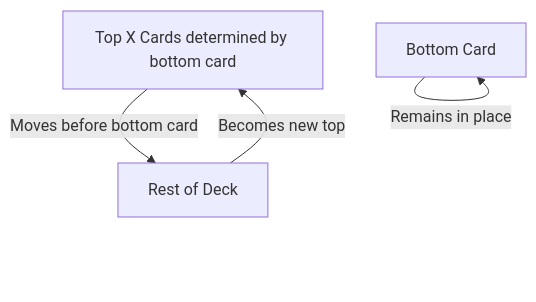
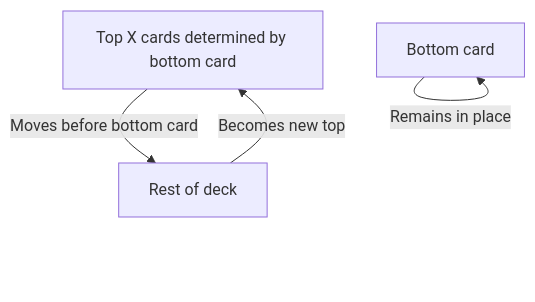
Before and after one commit to CentralArkansasHackers/Pontifex: the third of 3 diagrams in README.md, drawn with Mermaid. The commit also changed other lines of this file, not shown here.

Commit message:
fixed readme diagrams

````diff
--- a/README.md
+++ b/README.md
@@ -58,6 +71,6 @@
 ```mermaid
 graph TD;
-    A[Top X Cards determined by bottom card] -->|Moves before bottom card| C[Rest of Deck]
-    B[Bottom Card] -->|Remains in place| B
+    A[Top X cards determined by bottom card] -->|Moves before bottom card| C[Rest of deck]
+    B[Bottom card] -->|Remains in place| B
     C -->|Becomes new top| A
 ```
````
